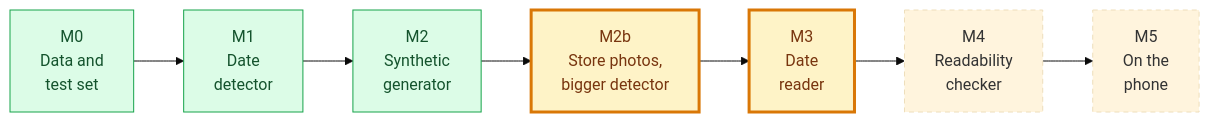
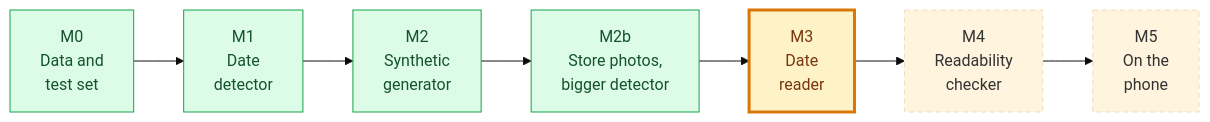
Before and after one commit to aayushroopchandani/bestbefore: the seventh of 13 diagrams in README.md, drawn with Mermaid (base theme). The commit also changed other lines of this file and 4 other files, not shown here.

````diff
--- a/README.md
+++ b/README.md
@@ -325,15 +326,15 @@
 ```mermaid
 flowchart LR
     M0["M0<br/>Data and<br/>test set"] --> M1["M1<br/>Date<br/>detector"]
     M1 --> M2["M2<br/>Synthetic<br/>generator"]
     M2 --> M2b["M2b<br/>Store photos,<br/>bigger detector"]
     M2b --> M3["M3<br/>Date<br/>reader"]
     M3 --> M4["M4<br/>Readability<br/>checker"]
     M4 --> M5["M5<br/>On the<br/>phone"]
-    class M0,M1,M2 done
-    class M2b,M3 now
+    class M0,M1,M2,M2b done
+    class M3 now
     class M4,M5 planned
     classDef done fill:#dcfce7,stroke:#16a34a,color:#14532d
     classDef now fill:#fef3c7,stroke:#d97706,stroke-width:3px,color:#78350f
     classDef planned stroke-dasharray:5 4
 ```
````
